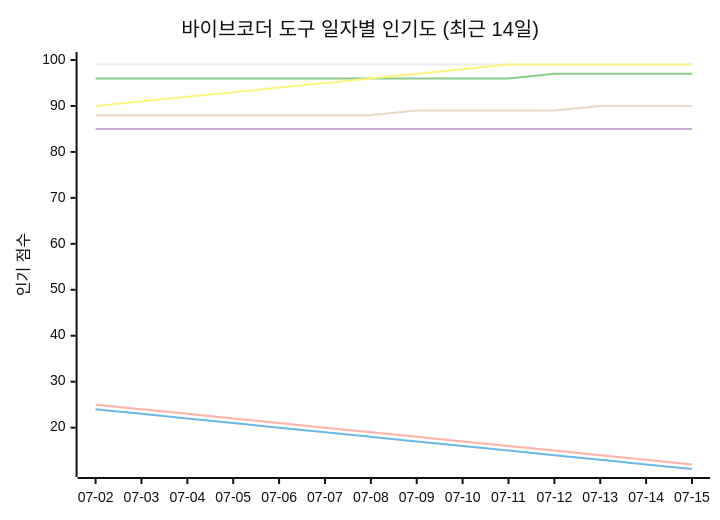
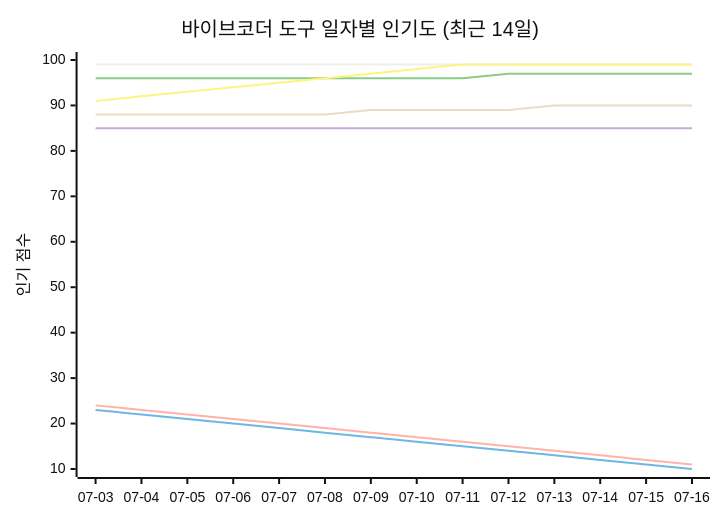
Before and after one commit to tykimos/ai-whatchelin: the seventh of 11 diagrams in README_ko.md, drawn with Mermaid (neutral theme). The commit also changed other lines of this file and 4 other files, not shown here.

````diff
--- a/README_ko.md
+++ b/README_ko.md
@@ -1959,13 +1965,13 @@
 ```mermaid
 xychart-beta
     title "바이브코더 도구 일자별 인기도 (최근 14일)"
-    x-axis ["07-02", "07-03", "07-04", "07-05", "07-06", "07-07", "07-08", "07-09", "07-10", "07-11", "07-12", "07-13", "07-14", "07-15"]
-    y-axis "인기 점수" 11 --> 100
+    x-axis ["07-03", "07-04", "07-05", "07-06", "07-07", "07-08", "07-09", "07-10", "07-11", "07-12", "07-13", "07-14", "07-15", "07-16"]
+    y-axis "인기 점수" 10 --> 100
     line "Claude Code" [99, 99, 99, 99, 99, 99, 99, 99, 99, 99, 99, 99, 99, 99]
-    line "GH Copilot" [24, 23, 22, 21, 20, 19, 18, 17, 16, 15, 14, 13, 12, 11]
-    line "Cursor" [96, 96, 96, 96, 96, 96, 96, 96, 96, 96, 97, 97, 97, 97]
+    line "GH Copilot" [23, 22, 21, 20, 19, 18, 17, 16, 15, 14, 13, 12, 11, 10]
+    line "Cursor" [96, 96, 96, 96, 96, 96, 96, 96, 96, 97, 97, 97, 97, 97]
     line "Windsurf" [85, 85, 85, 85, 85, 85, 85, 85, 85, 85, 85, 85, 85, 85]
-    line "Codex CLI" [88, 88, 88, 88, 88, 88, 88, 89, 89, 89, 89, 90, 90, 90]
-    line "Gemini CLI" [25, 24, 23, 22, 21, 20, 19, 18, 17, 16, 15, 14, 13, 12]
-    line "Antigravity" [90, 91, 92, 93, 94, 95, 96, 97, 98, 99, 99, 99, 99, 99]
+    line "Codex CLI" [88, 88, 88, 88, 88, 88, 89, 89, 89, 89, 90, 90, 90, 90]
+    line "Gemini CLI" [24, 23, 22, 21, 20, 19, 18, 17, 16, 15, 14, 13, 12, 11]
+    line "Antigravity" [91, 92, 93, 94, 95, 96, 97, 98, 99, 99, 99, 99, 99, 99]
 ```
````
